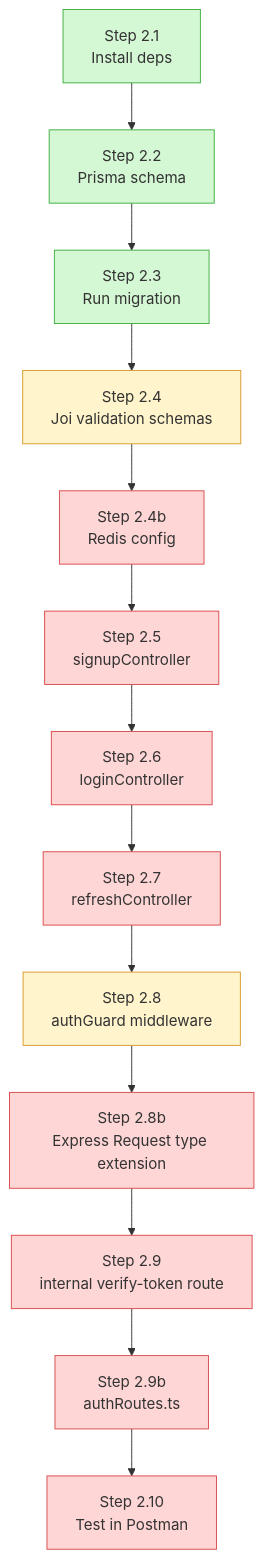
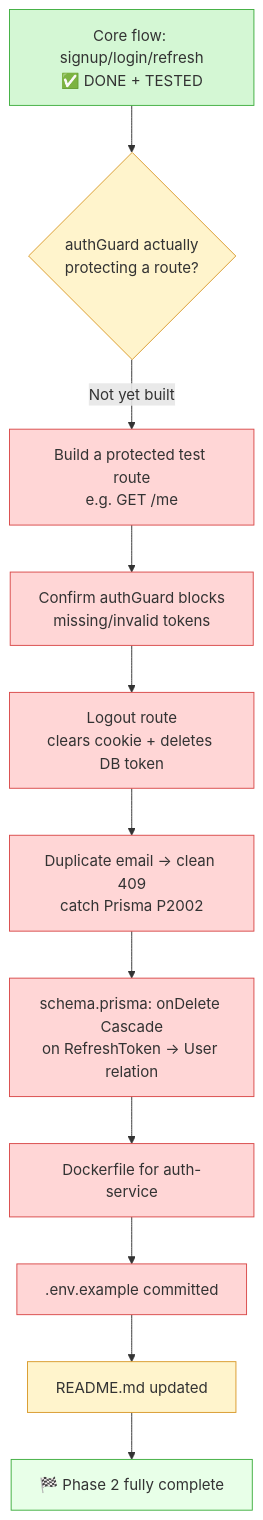
Before and after one commit to ritam-g/GOOGLE_MEET: the first of 2 diagrams in services/auth-service/md/update/Auth_service_progress.MD, drawn with Mermaid. The commit also changed other lines of this file, not shown here.

Commit message:
docs(auth-service): update progress tracker with current project structure and completed items

````diff
--- a/services/auth-service/md/update/Auth_service_progress.MD
+++ b/services/auth-service/md/update/Auth_service_progress.MD
@@ -60,29 +63,25 @@
 ```mermaid
 flowchart TD
-    A[Step 2.1<br/>Install deps] --> B[Step 2.2<br/>Prisma schema]
-    B --> C[Step 2.3<br/>Run migration]
-    C --> D[Step 2.4<br/>Joi validation schemas]
-    D --> E0[Step 2.4b<br/>Redis config]
-    E0 --> E[Step 2.5<br/>signupController]
-    E --> F[Step 2.6<br/>loginController]
-    F --> G[Step 2.7<br/>refreshController]
-    G --> H[Step 2.8<br/>authGuard middleware]
-    H --> H2[Step 2.8b<br/>Express Request type extension]
-    H2 --> I[Step 2.9<br/>internal verify-token route]
-    I --> I2[Step 2.9b<br/>authRoutes.ts]
-    I2 --> J[Step 2.10<br/>Test in Postman]
+    A[Core flow: signup/login/refresh<br/>✅ DONE + TESTED] --> B{authGuard actually<br/>protecting a route?}
+    B -->|Not yet built| C[Build a protected test route<br/>e.g. GET /me]
+    C --> D[Confirm authGuard blocks<br/>missing/invalid tokens]
+    D --> E[Logout route<br/>clears cookie + deletes DB token]
+    E --> F[Duplicate email → clean 409<br/>catch Prisma P2002]
+    F --> G[schema.prisma: onDelete Cascade<br/>on RefreshToken → User relation]
+    G --> H[Dockerfile for auth-service]
+    H --> I[.env.example committed]
+    I --> J[README.md updated]
+    J --> K[🏁 Phase 2 fully complete]
 
     style A fill:#d4f7d4,stroke:#3fae3f
-    style B fill:#d4f7d4,stroke:#3fae3f
-    style C fill:#d4f7d4,stroke:#3fae3f
-    style D fill:#fff4cc,stroke:#d99a2b
-    style E0 fill:#ffd6d6,stroke:#d94a4a
+    style B fill:#fff4cc,stroke:#d99a2b
+    style C fill:#ffd6d6,stroke:#d94a4a
+    style D fill:#ffd6d6,stroke:#d94a4a
     style E fill:#ffd6d6,stroke:#d94a4a
     style F fill:#ffd6d6,stroke:#d94a4a
     style G fill:#ffd6d6,stroke:#d94a4a
-    style H fill:#fff4cc,stroke:#d99a2b
-    style H2 fill:#ffd6d6,stroke:#d94a4a
+    style H fill:#ffd6d6,stroke:#d94a4a
     style I fill:#ffd6d6,stroke:#d94a4a
-    style I2 fill:#ffd6d6,stroke:#d94a4a
-    style J fill:#ffd6d6,stroke:#d94a4a
+    style J fill:#fff4cc,stroke:#d99a2b
+    style K fill:#e8ffe8,stroke:#3fae3f
 ```
````
